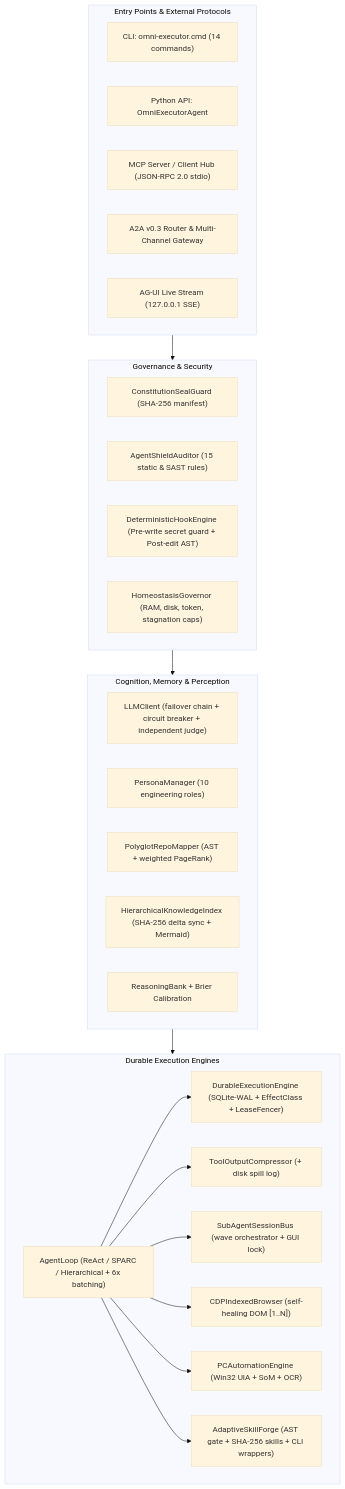
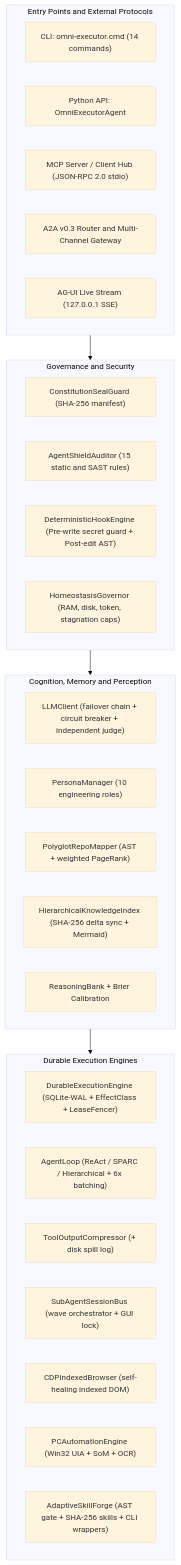
One commit to juan3861/omni-executor changed the first of 2 diagrams in README.md. Above: the diagram before and after it, drawn with Mermaid (base theme).

Commit message:
fix(docs): remove mixed subgraph/internal edges and inner brackets in System Architecture Mermaid flowchart

````diff
--- a/README.md
+++ b/README.md
@@ -67,45 +67,37 @@
 ```mermaid
 flowchart TB
-    subgraph Entry["Entry Points & External Protocols"]
+    subgraph Entry["Entry Points and External Protocols"]
         CLI["CLI: omni-executor.cmd (14 commands)"]
         PY["Python API: OmniExecutorAgent"]
         MCP["MCP Server / Client Hub (JSON-RPC 2.0 stdio)"]
-        A2A["A2A v0.3 Router & Multi-Channel Gateway"]
+        A2A["A2A v0.3 Router and Multi-Channel Gateway"]
         AGUI["AG-UI Live Stream (127.0.0.1 SSE)"]
     end
 
-    subgraph Gov["Governance & Security"]
+    subgraph Gov["Governance and Security"]
         SEAL["ConstitutionSealGuard (SHA-256 manifest)"]
-        SHIELD["AgentShieldAuditor (15 static & SAST rules)"]
+        SHIELD["AgentShieldAuditor (15 static and SAST rules)"]
         HOOKS["DeterministicHookEngine (Pre-write secret guard + Post-edit AST)"]
         HOMEO["HomeostasisGovernor (RAM, disk, token, stagnation caps)"]
     end
 
-    subgraph Cog["Cognition, Memory & Perception"]
+    subgraph Cog["Cognition, Memory and Perception"]
         LLM["LLMClient (failover chain + circuit breaker + independent judge)"]
         PERSONA["PersonaManager (10 engineering roles)"]
         REPOMAP["PolyglotRepoMapper (AST + weighted PageRank)"]
         KGRAPH["HierarchicalKnowledgeIndex (SHA-256 delta sync + Mermaid)"]
         BANK["ReasoningBank + Brier Calibration"]
     end
 
     subgraph Exec["Durable Execution Engines"]
         DURABLE["DurableExecutionEngine (SQLite-WAL + EffectClass + LeaseFencer)"]
         AGENT_LOOP["AgentLoop (ReAct / SPARC / Hierarchical + 6x batching)"]
         COMPRESS["ToolOutputCompressor (+ disk spill log)"]
         TEAM["SubAgentSessionBus (wave orchestrator + GUI lock)"]
-        BROWSER["CDPIndexedBrowser (self-healing DOM [1..N])"]
+        BROWSER["CDPIndexedBrowser (self-healing indexed DOM)"]
         DESKTOP["PCAutomationEngine (Win32 UIA + SoM + OCR)"]
         SKILLS["AdaptiveSkillForge (AST gate + SHA-256 skills + CLI wrappers)"]
     end
 
-    Entry --> Gov
-    Gov --> Cog
-    Cog --> Exec
-    AGENT_LOOP --> DURABLE
-    AGENT_LOOP --> COMPRESS
-    AGENT_LOOP --> TEAM
-    AGENT_LOOP --> BROWSER
-    AGENT_LOOP --> DESKTOP
-    AGENT_LOOP --> SKILLS
+    Entry --> Gov --> Cog --> Exec
 ```
````
